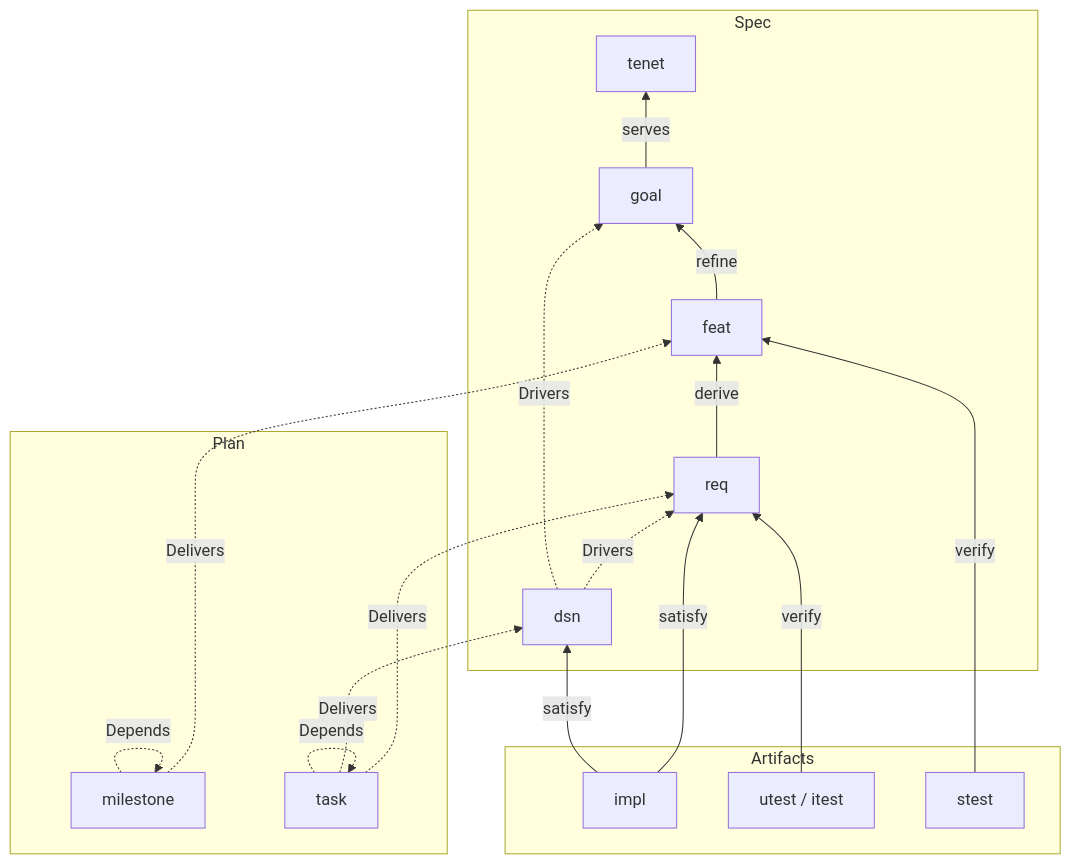
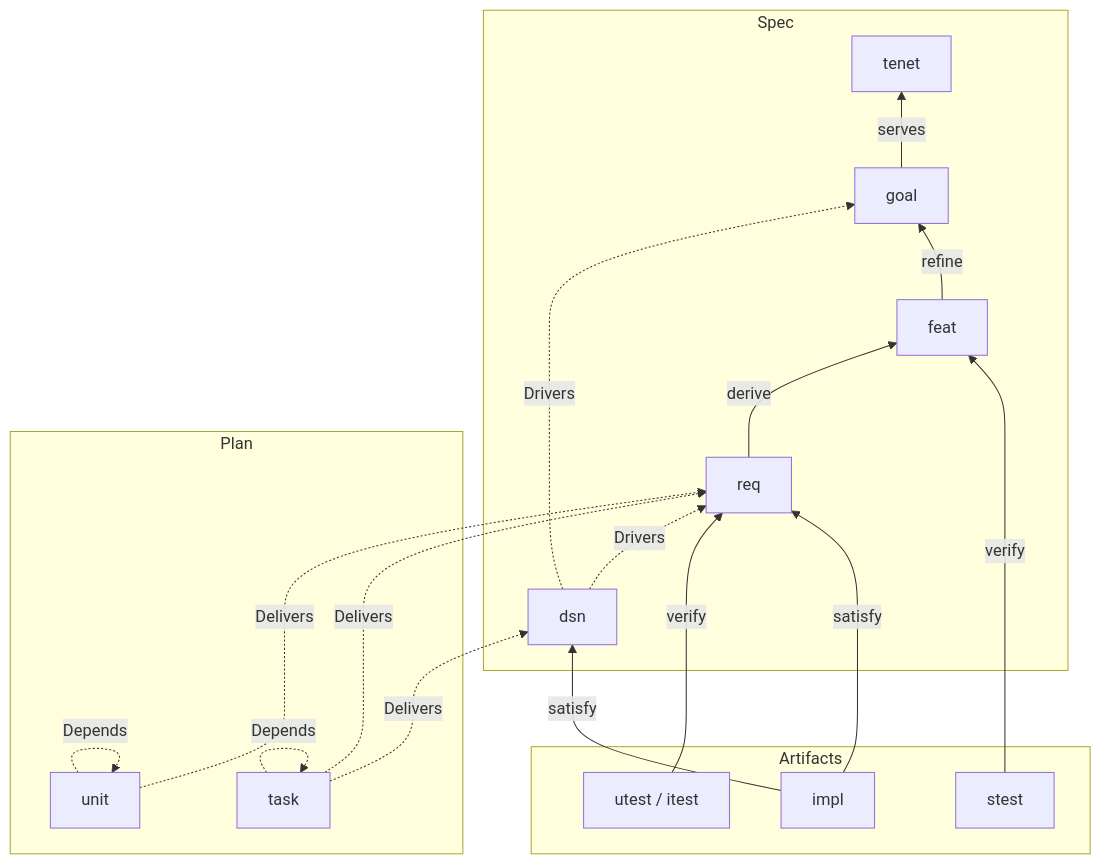
Before and after one commit to nullrul/earnest: the first of 5 diagrams in docs/design/01-logic-design.md, drawn with Mermaid. The commit also changed other lines of this file and 1 other file, not shown here.

````diff
--- a/docs/design/01-logic-design.md
+++ b/docs/design/01-logic-design.md
@@ -286,33 +361,33 @@
 ```mermaid
 flowchart BT
   subgraph artifacts [Artifacts]
     impl
     utest[utest / itest]
     stest
   end
   subgraph spec [Spec]
     tenet
     goal
     feat
     req
     dsn
   end
   subgraph plan [Plan]
-    milestone
+    unit
     task
   end
   impl -- satisfy --> req
   impl -- satisfy --> dsn
   utest -- verify --> req
   stest -- verify --> feat
   req -- derive --> feat
   feat -- refine --> goal
   goal -- serves --> tenet
   dsn -. Drivers .-> req
   dsn -. Drivers .-> goal
   task -. Delivers .-> req
   task -. Delivers .-> dsn
-  milestone -. Delivers .-> feat
-  milestone -. Depends .-> milestone
+  unit -. Delivers .-> req
+  unit -. Depends .-> unit
   task -. Depends .-> task
 ```
````
